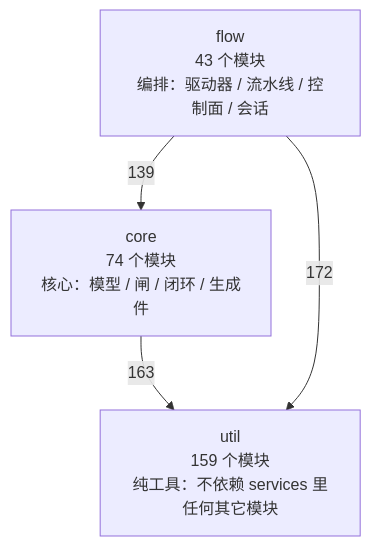
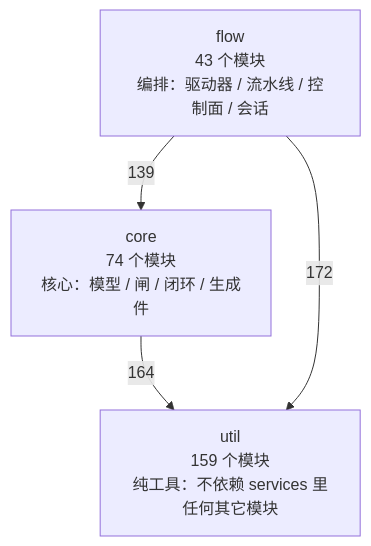
Before and after one commit to 2686521696/WhyBuddy: the first of 4 diagrams in docs/SlideRule V6.2 架构图（自动生成）.md, drawn with Mermaid. The commit also changed other lines of this file and 5 other files, not shown here.

````diff
--- a/docs/SlideRule V6.2 架构图（自动生成）.md
+++ b/docs/SlideRule V6.2 架构图（自动生成）.md
@@ -50,9 +50,9 @@
 ```mermaid
 flowchart TB
   util["util<br/>159 个模块<br/>纯工具：不依赖 services 里任何其它模块"]
   core["core<br/>74 个模块<br/>核心：模型 / 闸 / 闭环 / 生成件"]
   flow["flow<br/>43 个模块<br/>编排：驱动器 / 流水线 / 控制面 / 会话"]
-  core -->|163| util
+  core -->|164| util
   flow -->|139| core
   flow -->|172| util
 ```
````
